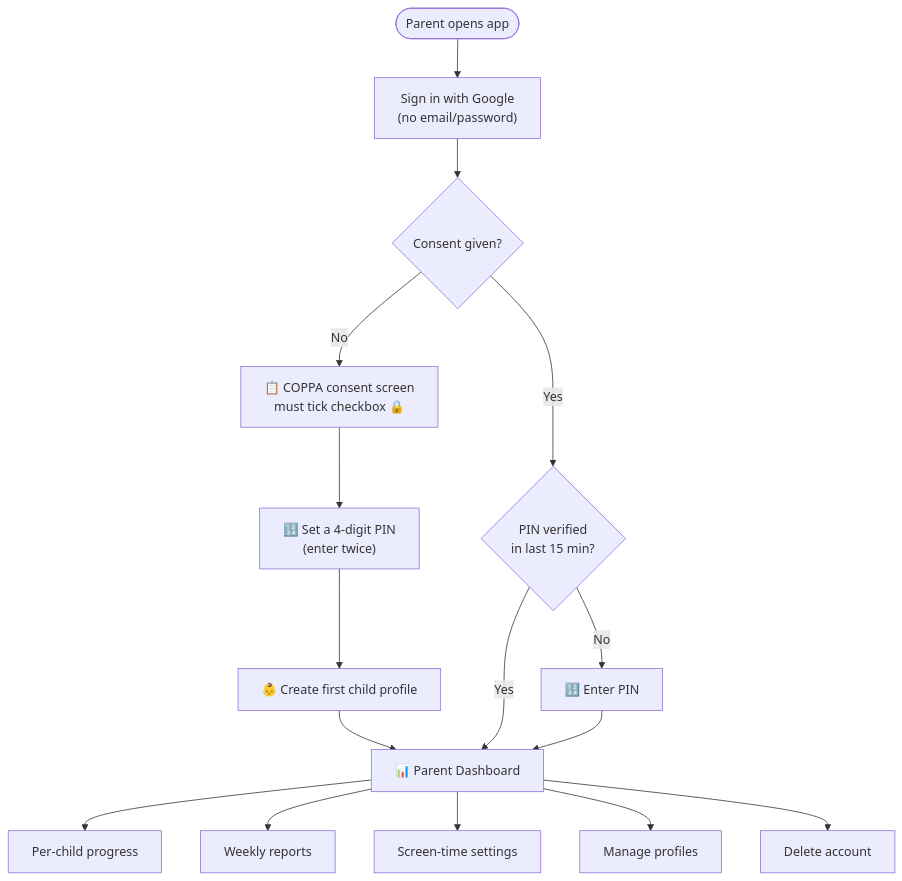
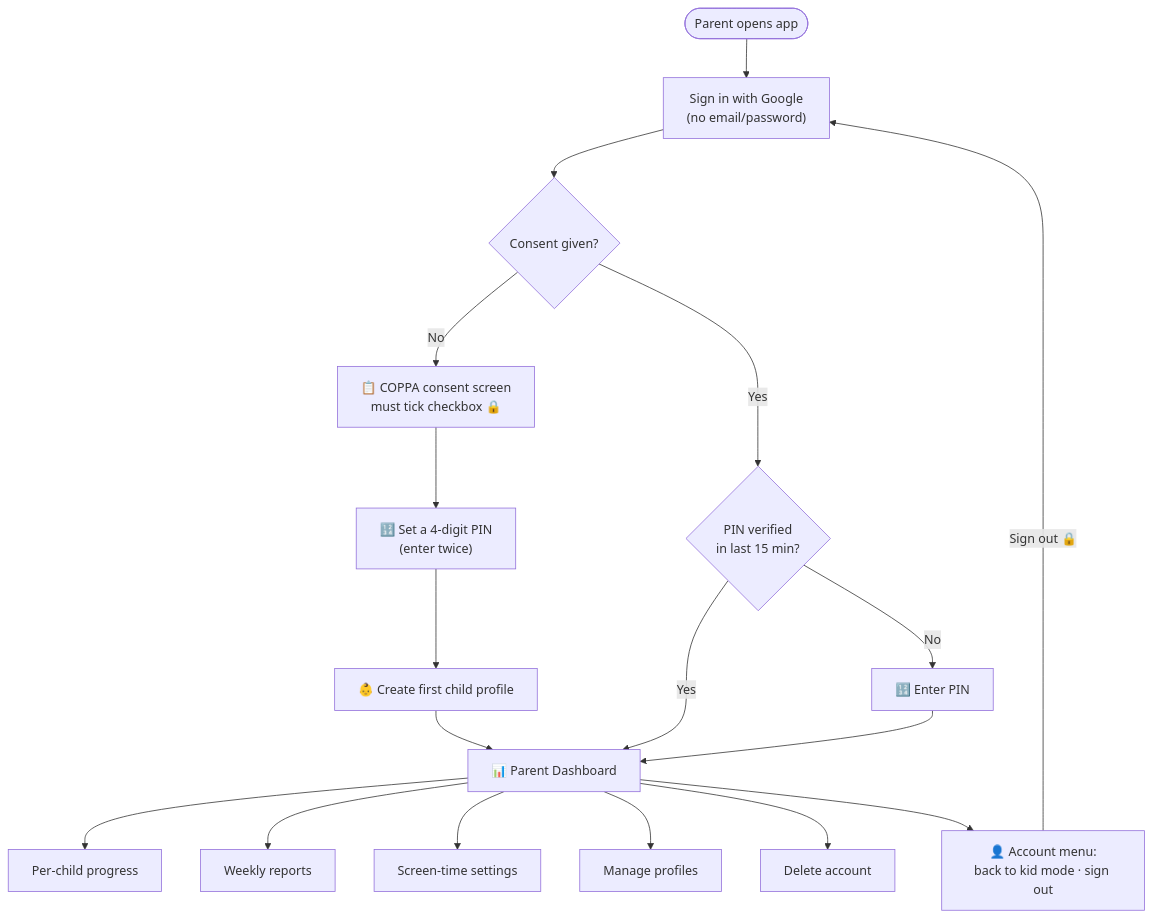
Diagram 13 of 28 in document/user-journey-manual.md (salmanbd100/kidlearn), drawn with Mermaid before and after one commit. The commit also changed other lines of this file and 5 other files, not shown here.

````diff
--- a/document/user-journey-manual.md
+++ b/document/user-journey-manual.md
@@ -421,19 +422,21 @@
 ```mermaid
 flowchart TD
     Start([Parent opens app]) --> Google["Sign in with Google<br/>(no email/password)"]
     Google --> Consent{Consent given?}
     Consent -->|No| C["📋 COPPA consent screen<br/>must tick checkbox 🔒"]
     C --> PIN["🔢 Set a 4-digit PIN<br/>(enter twice)"]
     PIN --> Child1["👶 Create first child profile"]
     Child1 --> Dash
     Consent -->|Yes| Gate{PIN verified<br/>in last 15 min?}
     Gate -->|No| PinModal["🔢 Enter PIN"]
     Gate -->|Yes| Dash
     PinModal --> Dash["📊 Parent Dashboard"]
 
     Dash --> D1[Per-child progress]
     Dash --> D2[Weekly reports]
     Dash --> D3[Screen-time settings]
     Dash --> D4[Manage profiles]
     Dash --> D5[Delete account]
+    Dash --> D6["👤 Account menu:<br/>back to kid mode · sign out"]
+    D6 -->|Sign out 🔒| Google
 ```
````
